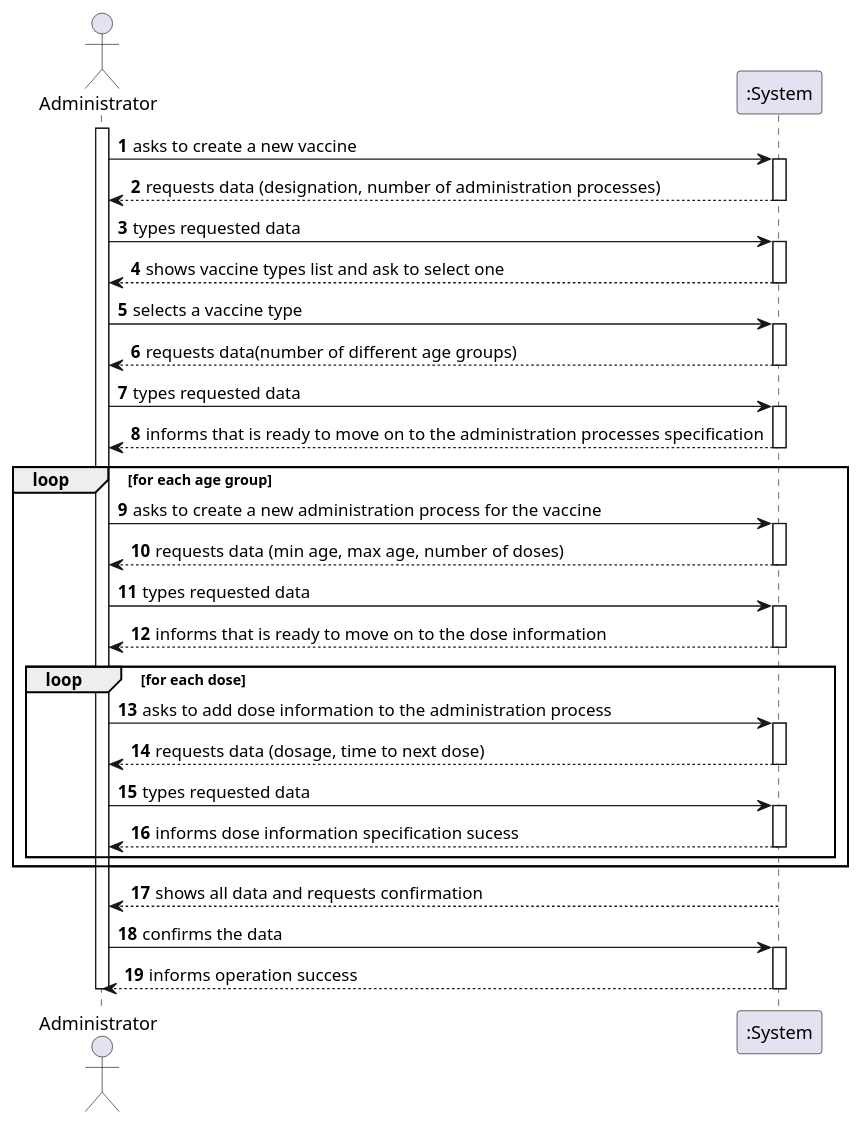
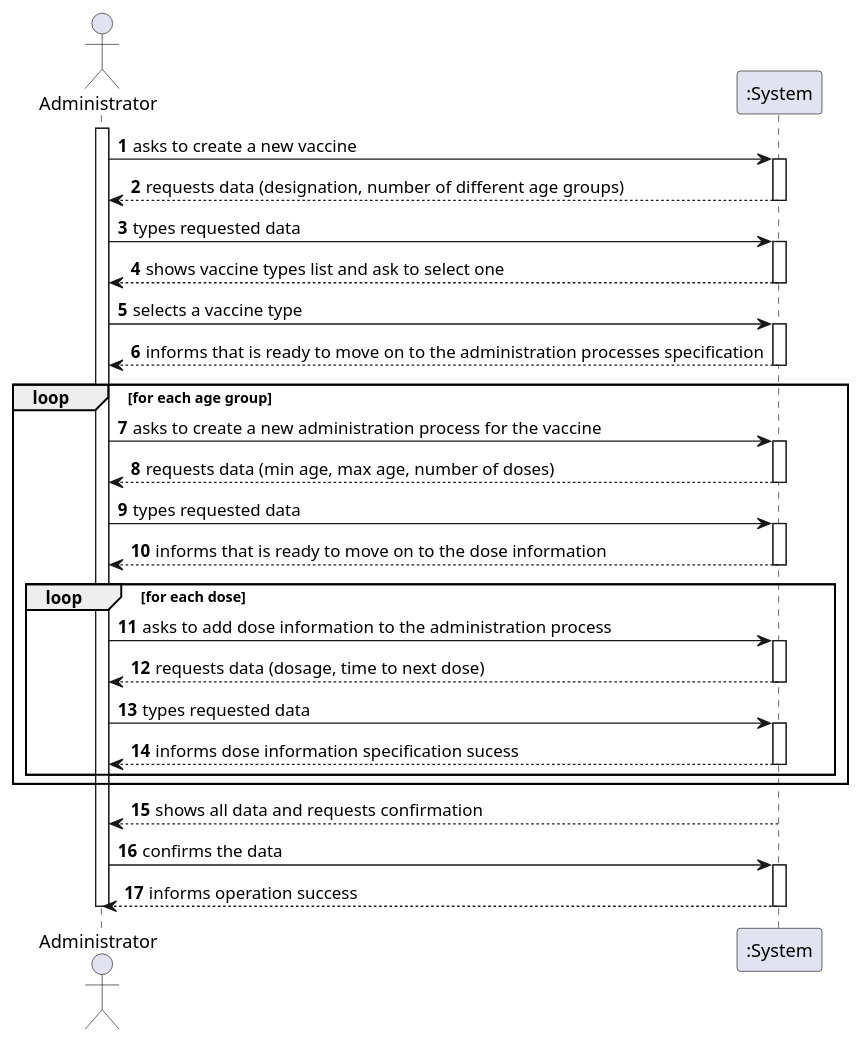
Before and after one commit to miseEnPlace-i/lapr2: the diagram in docs/SprintB/US13/SSD/US13_SSD.puml, drawn with PlantUML. The commit also changed 2 other files, not shown here.

```diff
--- a/docs/SprintB/US13/SSD/US13_SSD.puml
+++ b/docs/SprintB/US13/SSD/US13_SSD.puml
@@ -1,59 +1,54 @@
 @startuml
 autonumber
 actor "Administrator" as OE
 
 activate OE
 OE -> ":System" : asks to create a new vaccine
 activate ":System"
-":System" --> OE : requests data (designation, number of administration processes)
+":System" --> OE : requests data (designation, number of different age groups)
 deactivate ":System"
 
 OE -> ":System" : types requested data
 activate ":System"
 ":System" --> OE : shows vaccine types list and ask to select one
 deactivate ":System"
 
 OE -> ":System" : selects a vaccine type
-activate ":System"
-":System" --> OE : requests data(number of different age groups)
-deactivate ":System"
-
-OE -> ":System" : types requested data
 activate ":System"
 ":System" --> OE : informs that is ready to move on to the administration processes specification
 deactivate ":System"
 
 
 loop for each age group
     OE -> ":System" : asks to create a new administration process for the vaccine
     activate ":System"
     ":System" --> OE : requests data (min age, max age, number of doses)
     deactivate ":System"
     OE -> ":System" : types requested data
     activate ":System"
     ":System" --> OE : informs that is ready to move on to the dose information
     deactivate ":System"
     
     loop for each dose
         OE -> ":System" : asks to add dose information to the administration process
         activate ":System"
         ":System" --> OE : requests data (dosage, time to next dose)
         deactivate ":System"
         OE -> ":System" : types requested data
         activate ":System"
         ":System" --> OE : informs dose information specification sucess
         deactivate ":System"
     end
 
 end
 
 ":System" --> OE : shows all data and requests confirmation
 deactivate ":System"
 OE -> ":System" : confirms the data
 activate ":System"
 ":System" --> OE : informs operation success
 deactivate ":System"
 
 deactivate OE
 
 @enduml
```
